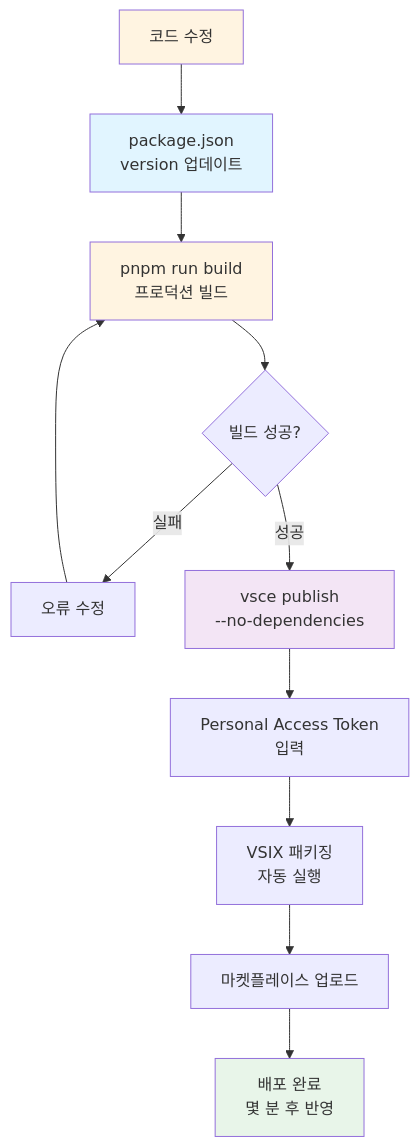
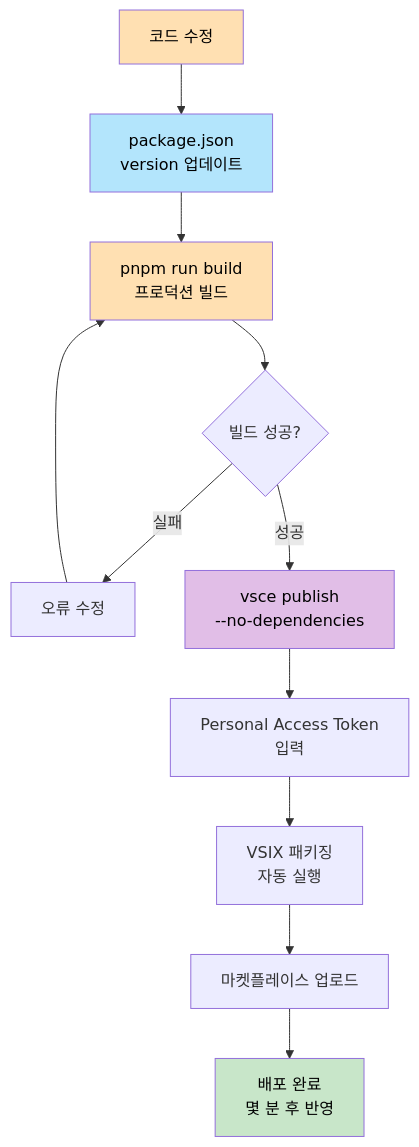
One commit to jinyDuo/sheet-global-hover-helper changed the sixth of 6 diagrams in README.ko.md. Above: the diagram before and after it, drawn with Mermaid. The commit also changed other lines of this file and 2 other files, not shown here.

Commit message:
feat: 플로우 차트 색상 조정

````diff
--- a/README.ko.md
+++ b/README.ko.md
@@ -268,19 +268,19 @@
 ```mermaid
 flowchart TD
     A[코드 수정] --> B[package.json<br/>version 업데이트]
     B --> C[pnpm run build<br/>프로덕션 빌드]
     C --> D{빌드 성공?}
     D -->|실패| E[오류 수정]
     E --> C
     D -->|성공| F[vsce publish<br/>--no-dependencies]
     F --> G[Personal Access Token<br/>입력]
     G --> H[VSIX 패키징<br/>자동 실행]
     H --> I[마켓플레이스 업로드]
     I --> J[배포 완료<br/>몇 분 후 반영]
     
-    style A fill:#fff4e1
-    style B fill:#e1f5ff
-    style C fill:#fff4e1
-    style F fill:#f3e5f5
-    style J fill:#e8f5e9
+    style A fill:#ffe0b2,color:#000000
+    style B fill:#b3e5fc,color:#000000
+    style C fill:#ffe0b2,color:#000000
+    style F fill:#e1bee7,color:#000000
+    style J fill:#c8e6c9,color:#000000
 ```
````
